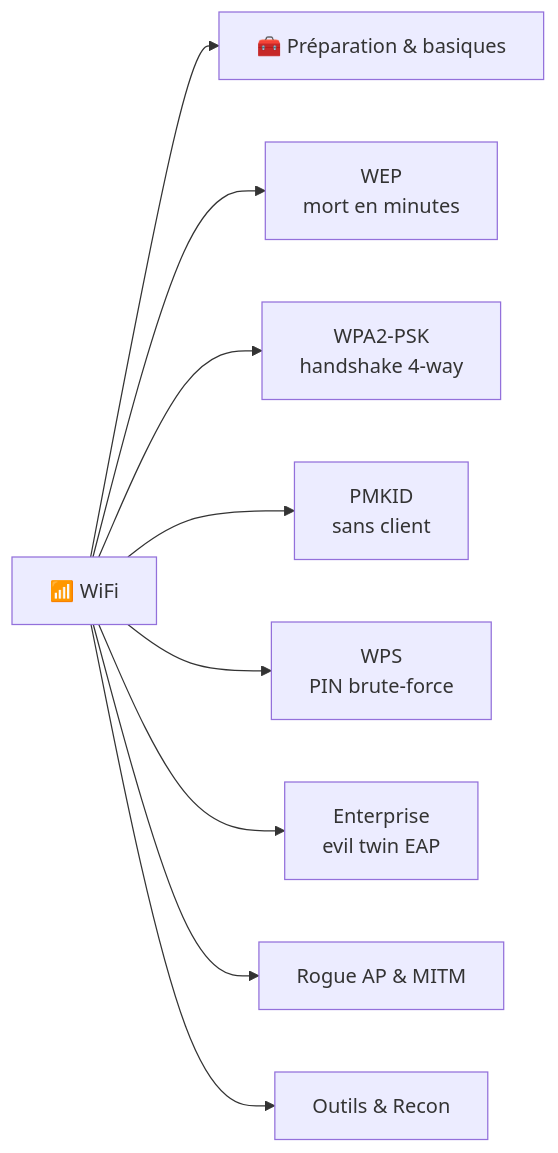
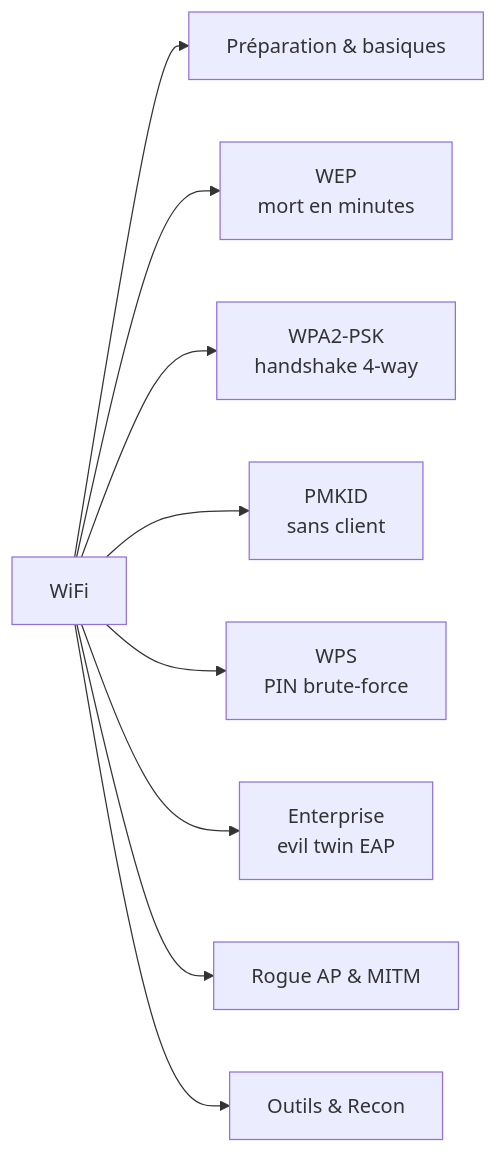
The first of 2 diagrams in public/offsidian/vault/Cybersécurité Offensive/Techniques/Attaques WiFi (WPA2 et PMKID).md (F0X-hack/foxhack.fr), drawn with Mermaid before and after one commit. The commit also changed other lines of this file and 369 other files, not shown here.

````diff
--- a/public/offsidian/vault/Cybersécurité Offensive/Techniques/Attaques WiFi (WPA2 et PMKID).md
+++ b/public/offsidian/vault/Cybersécurité Offensive/Techniques/Attaques WiFi (WPA2 et PMKID).md
@@ -25,11 +25,11 @@
 ```mermaid
 flowchart LR
-    A[📶 WiFi] --> B[🧰 Préparation & basiques]
+    A[WiFi] --> B[Préparation & basiques]
     A --> C[WEP<br>mort en minutes]
     A --> D[WPA2-PSK<br>handshake 4-way]
     A --> E[PMKID<br>sans client]
     A --> F[WPS<br>PIN brute-force]
     A --> G[Enterprise<br>evil twin EAP]
     A --> H[Rogue AP & MITM]
     A --> I[Outils & Recon]
 ```
````
